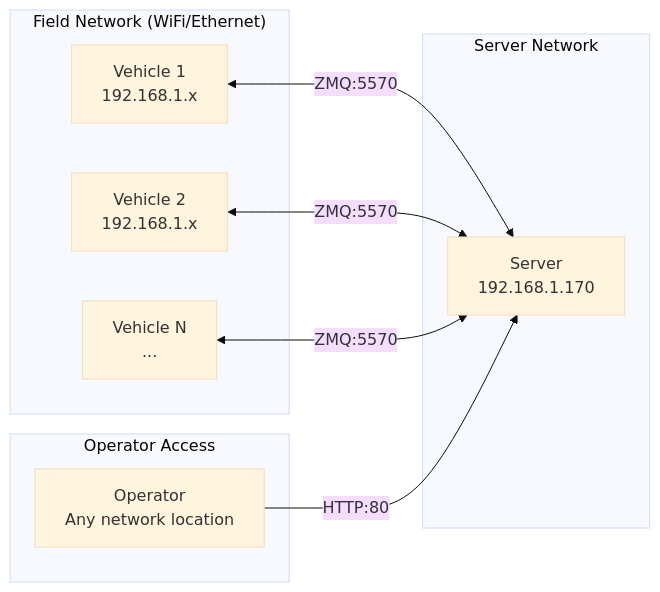
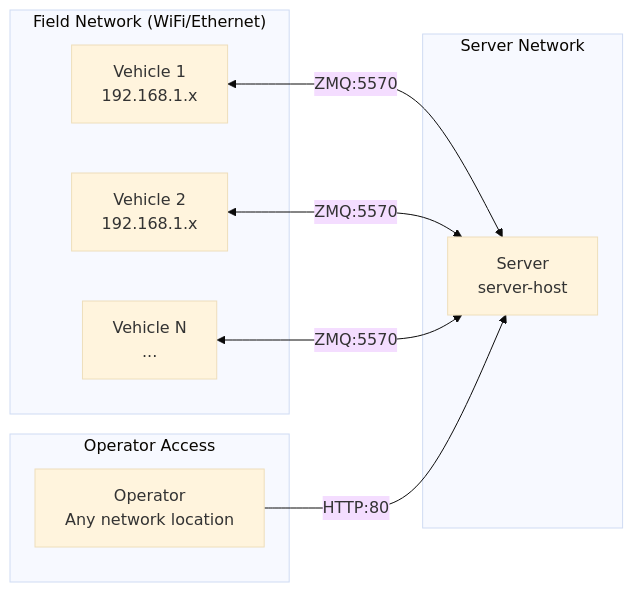
One commit to sequoia-hope/acorn-precision-farming-rover changed the diagram in docs/architecture/diagrams/network-topology.mermaid. Above: the diagram before and after it, drawn with Mermaid. The commit also changed 32 other files, not shown here.

```diff
--- a/docs/architecture/diagrams/network-topology.mermaid
+++ b/docs/architecture/diagrams/network-topology.mermaid
@@ -1,20 +1,20 @@
 %%{init: {'theme': 'base'}}%%
 flowchart LR
     subgraph FIELD_NETWORK["Field Network (WiFi/Ethernet)"]
         V1[Vehicle 1<br/>192.168.1.x]
         V2[Vehicle 2<br/>192.168.1.x]
         VN[Vehicle N<br/>...]
     end
 
     subgraph SERVER_NETWORK["Server Network"]
-        SRV[Server<br/>192.168.1.170]
+        SRV[Server<br/>server-host]
     end
 
     subgraph OPERATOR_NETWORK["Operator Access"]
         OP[Operator<br/>Any network location]
     end
 
     V1 <-->|ZMQ:5570| SRV
     V2 <-->|ZMQ:5570| SRV
     VN <-->|ZMQ:5570| SRV
     OP -->|HTTP:80| SRV
```
